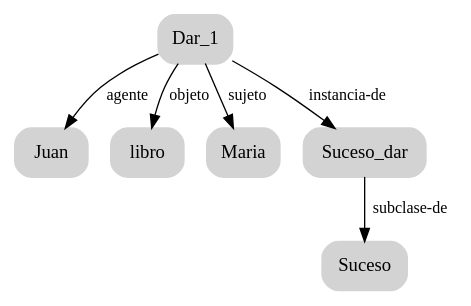
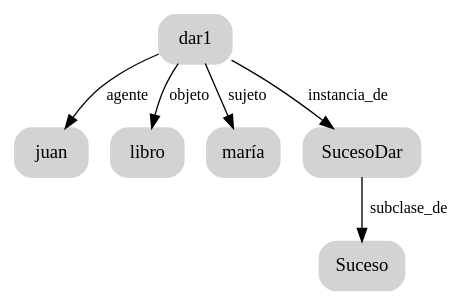
One commit to masterdatascienceifca/semantic-networks changed the diagram in dot/ex2.dot. Above: the diagram before and after it, drawn with Graphviz. The commit also changed 24 other files, not shown here.

```diff
--- a/dot/ex2.dot
+++ b/dot/ex2.dot
@@ -1,17 +1,17 @@
 digraph ejercicio2 {
-node  [style="rounded,filled,bold", shape=box, fontname="Nimbus", color="lightgray"];
-edge  [fontname="Nimbus" weight=2, fontsize=12]
+    node  [style="rounded,filled,bold", shape=box, fontname="Nimbus", color="lightgray"];
+    edge  [fontname="Nimbus" weight=2, fontsize=12]
 
-D -> A [ label = "agente" ];
-D -> B [ label = "objeto"];
-D -> C [ label = "sujeto"];
-D -> E [ label = "instancia-de"];
-E -> F [ label = "subclase-de"];
+    D -> A [ label = "agente" ];
+    D -> B [ label = "objeto"];
+    D -> C [ label = "sujeto"];
+    D -> E [ label = "instancia_de"];
+    E -> F [ label = "subclase_de"];
 
-A [label="Juan"];
-B [label="libro"];
-C [label="Maria"];
-D [label="Dar_1"];
-E [label="Suceso_dar"];
-F [label="Suceso"];
+    A [label="juan"];
+    B [label="libro"];
+    C [label="maría"];
+    D [label="dar1"];
+    E [label="SucesoDar"];
+    F [label="Suceso"];
 }
```
